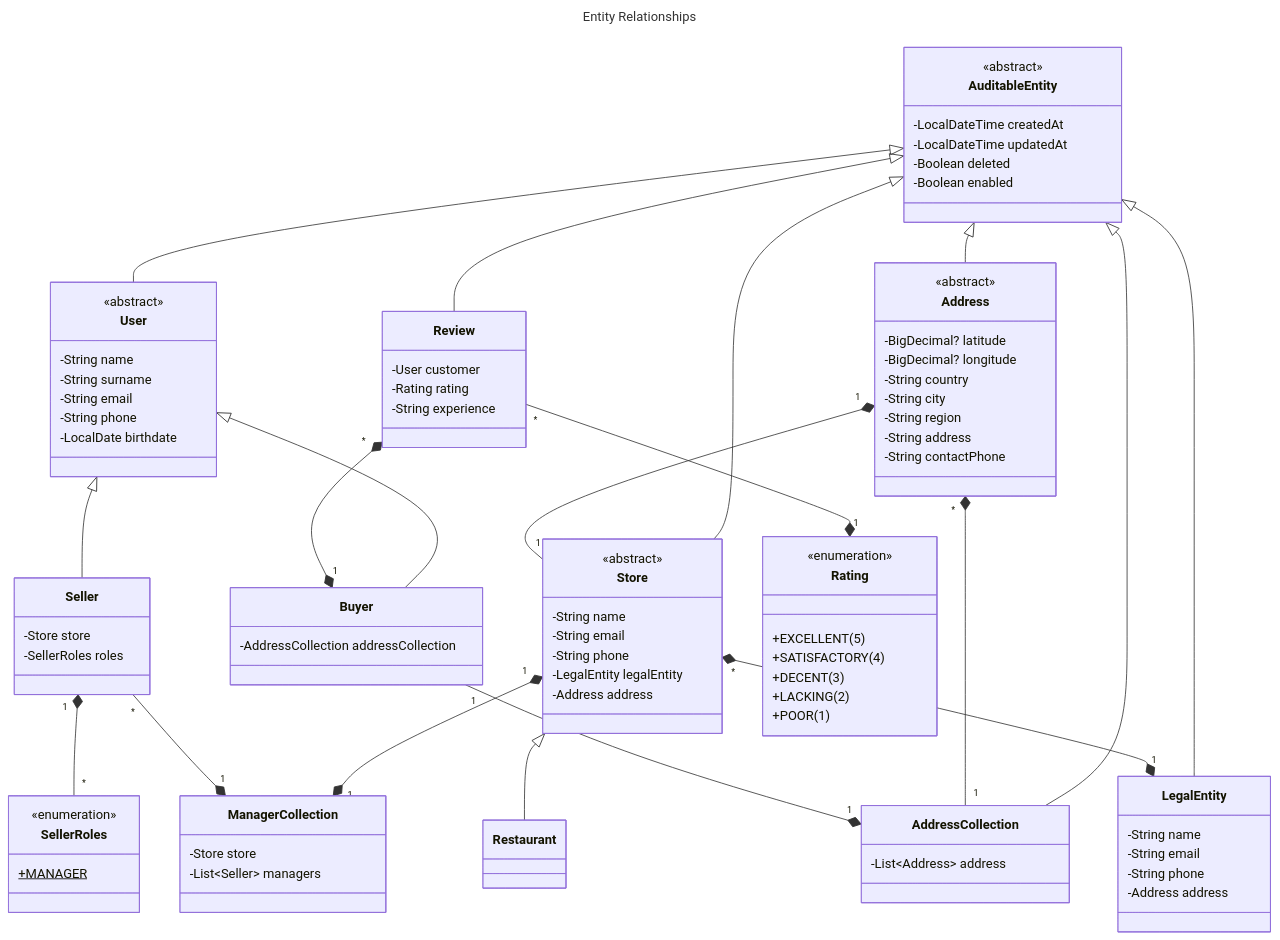
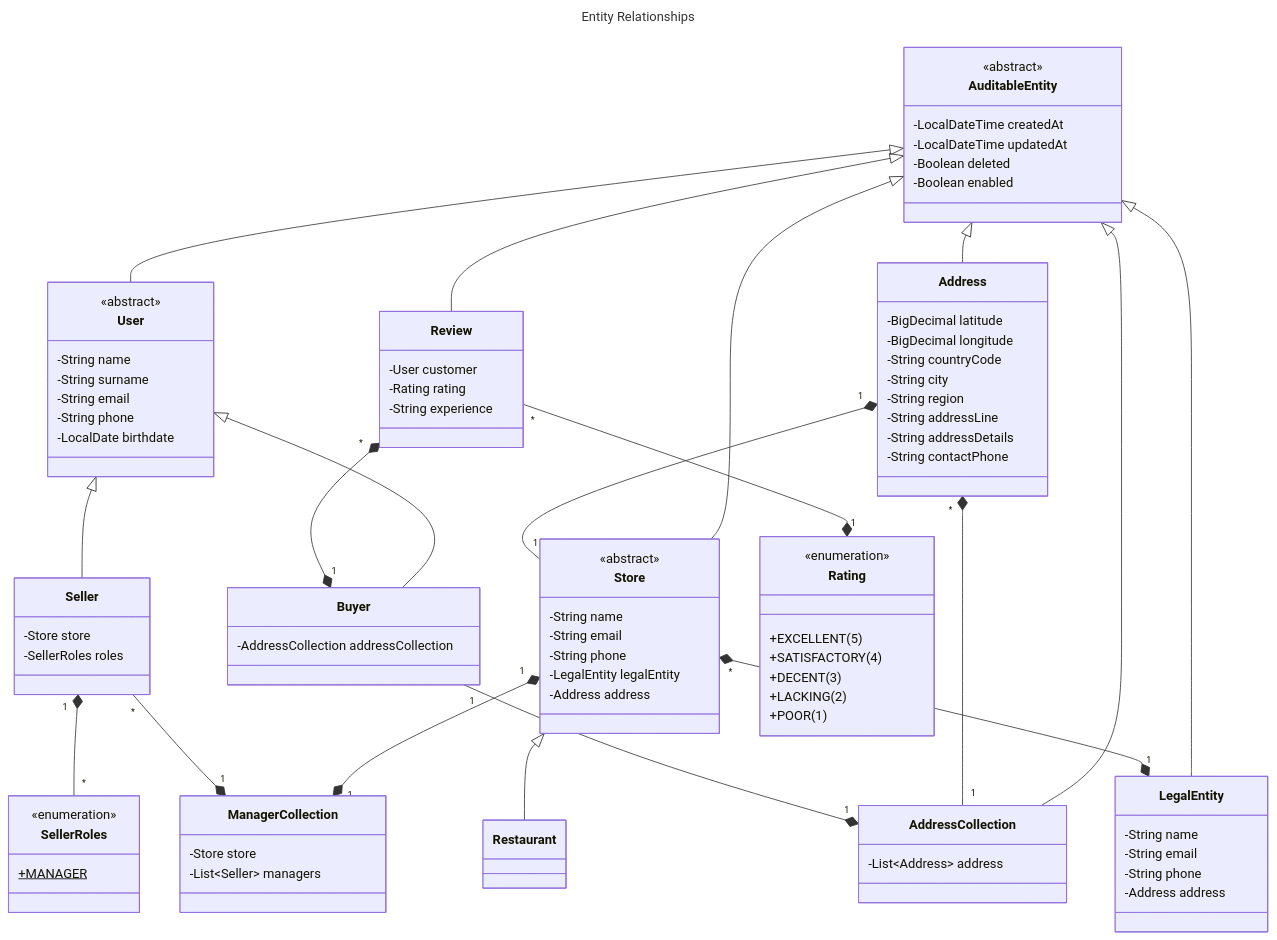
The diagram in README.md (gokdenizozkan/ddd), drawn with Mermaid before and after one commit.

Commit message:
update README > Address entity - v0.1.0-f0
fields updated for Address entity
Address is not abstract anymore
added additional fiel: addressDetails which is a nullable field
changed country to country code

```diff
--- a/README.md
+++ b/README.md
@@ -123,13 +123,13 @@
     }
 
     class Address {
-        <<abstract>>
-        -BigDecimal? latitude
-        -BigDecimal? longitude
-        -String country
+        -BigDecimal latitude
+        -BigDecimal longitude
+        -String countryCode
         -String city
         -String region
-        -String address
+        -String addressLine
+        -String addressDetails
         -String contactPhone
     }
 
```
